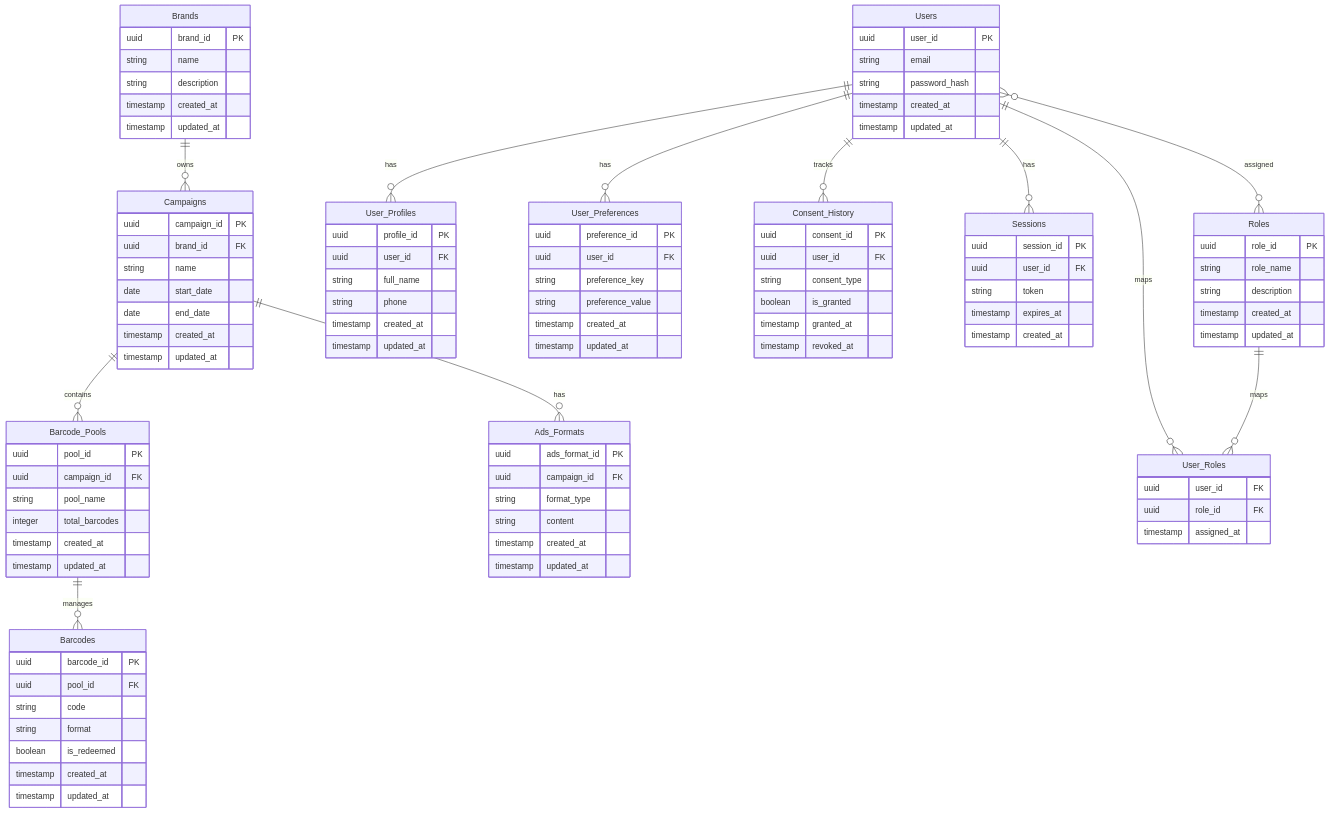
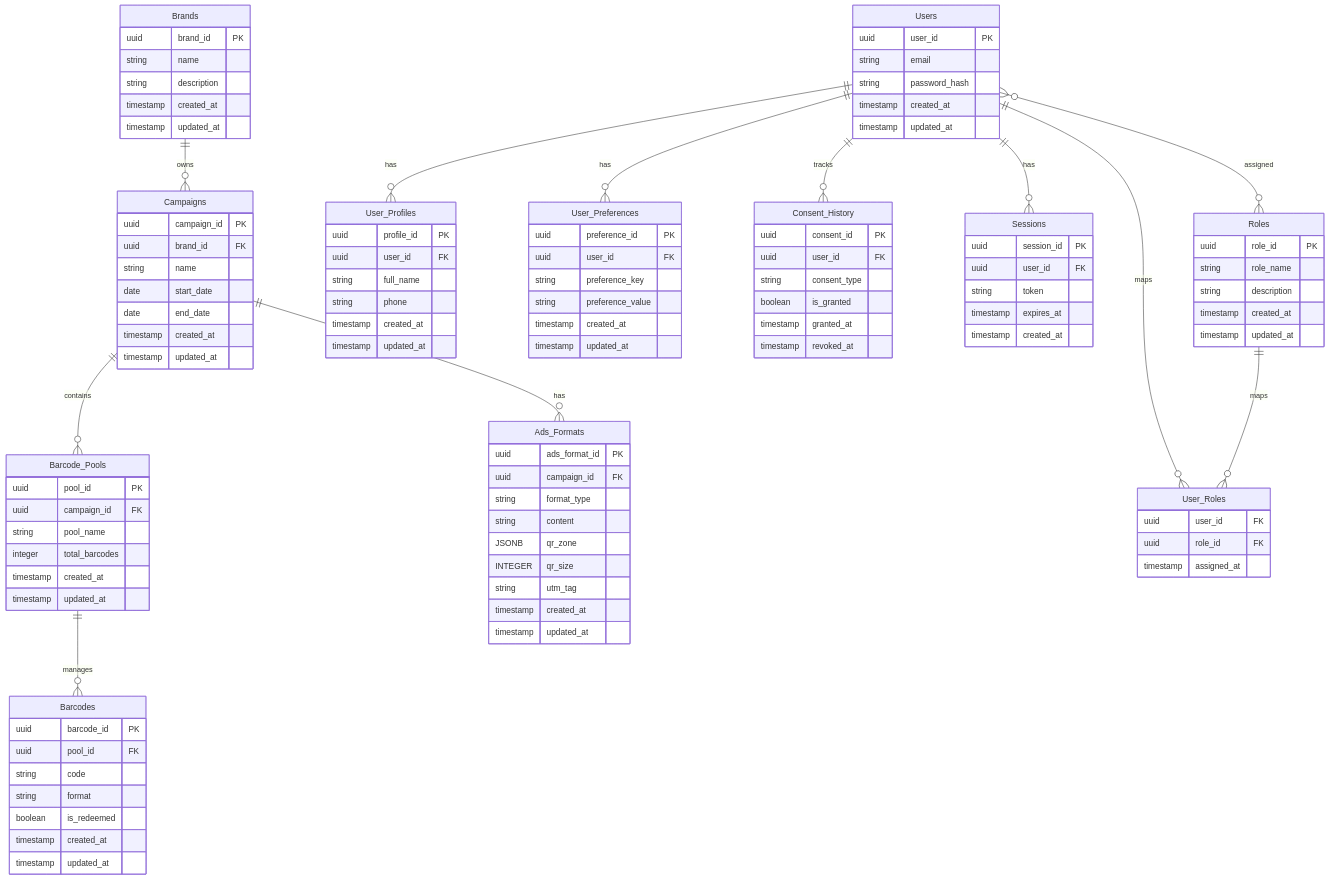
One commit to thanhhaunv/PRODUCT-SAMPLING changed diagram 45 of 45 in 01-requirements-no-phase/SRS-Grok.md. Above: the diagram before and after it, drawn with Mermaid. The commit also changed other lines of this file, not shown here.

```diff
--- a/01-requirements-no-phase/SRS-Grok.md
+++ b/01-requirements-no-phase/SRS-Grok.md
@@ -7744,6 +7744,9 @@
           uuid campaign_id FK
           string format_type
           string content
+          JSONB qr_zone
+          INTEGER qr_size
+          string utm_tag
           timestamp created_at
           timestamp updated_at
       }
```
